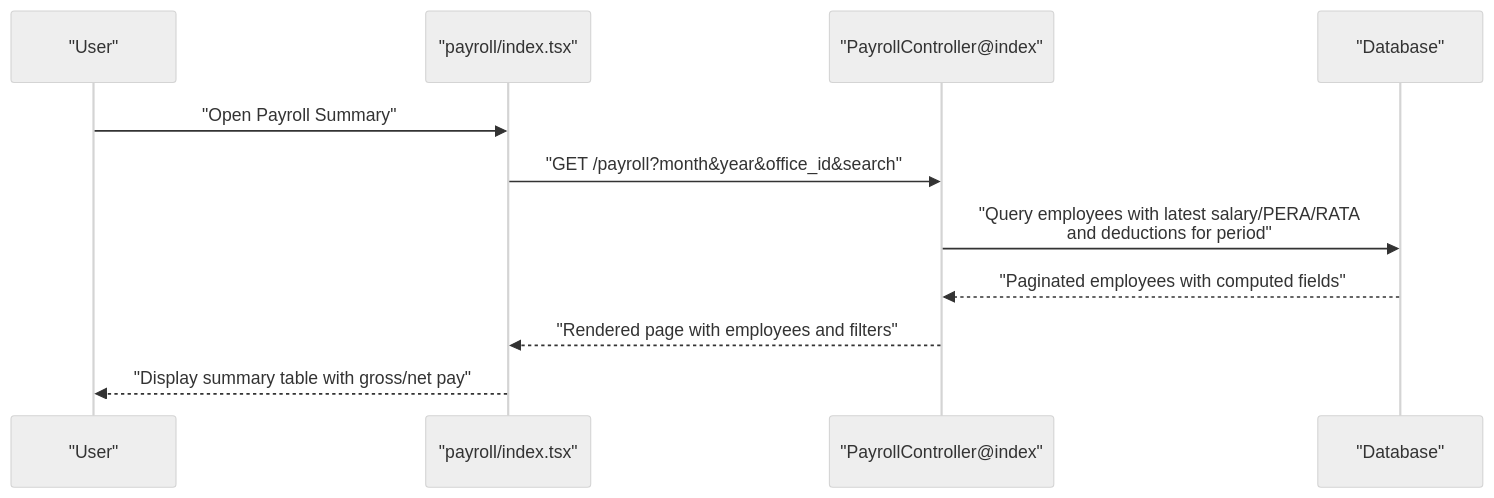
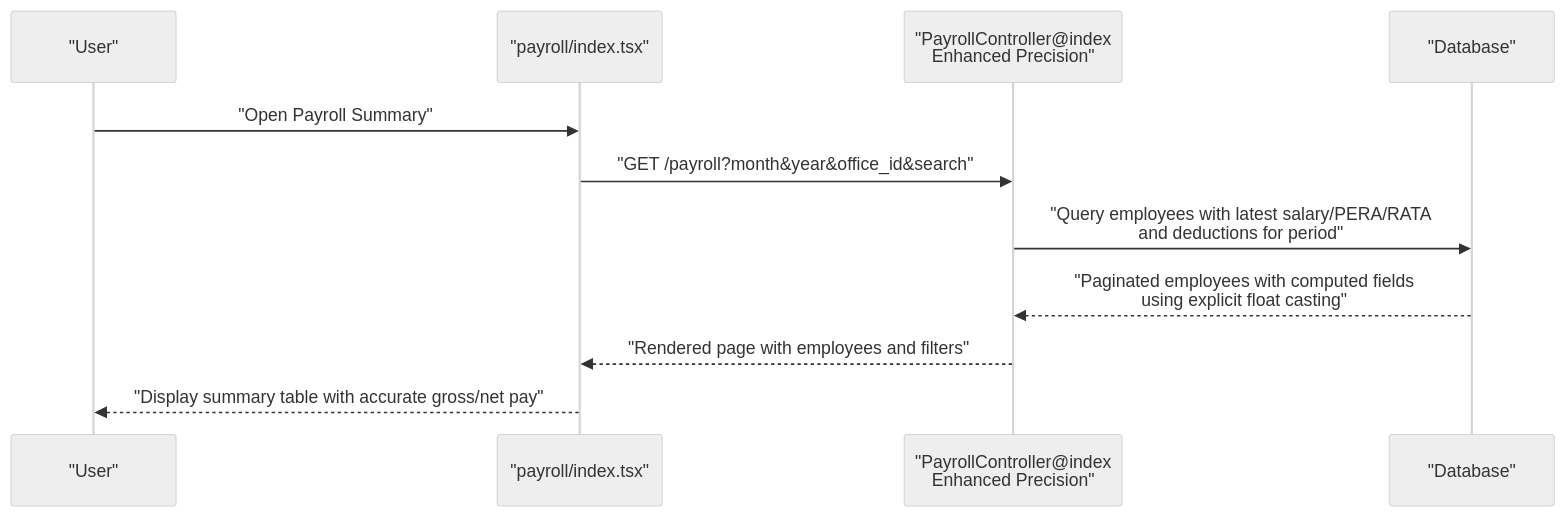
One commit to vincet0t15/template changed the second of 10 diagrams in .qoder/repowiki/en/content/Payroll System/Payroll System.md. Above: the diagram before and after it, drawn with Mermaid (neutral theme). The commit also changed other lines of this file and 13 other files, not shown here.

````diff
--- a/.qoder/repowiki/en/content/Payroll System/Payroll System.md
+++ b/.qoder/repowiki/en/content/Payroll System/Payroll System.md
@@ -132,13 +143,13 @@
 ```mermaid
 sequenceDiagram
 participant U as "User"
 participant FE as "payroll/index.tsx"
-participant BE as "PayrollController@index"
+participant BE as "PayrollController@index<br/>Enhanced Precision"
 participant DB as "Database"
 U->>FE : "Open Payroll Summary"
 FE->>BE : "GET /payroll?month&year&office_id&search"
 BE->>DB : "Query employees with latest salary/PERA/RATA<br/>and deductions for period"
-DB-->>BE : "Paginated employees with computed fields"
+DB-->>BE : "Paginated employees with computed fields<br/>using explicit float casting"
 BE-->>FE : "Rendered page with employees and filters"
-FE-->>U : "Display summary table with gross/net pay"
+FE-->>U : "Display summary table with accurate gross/net pay"
 ```
````
